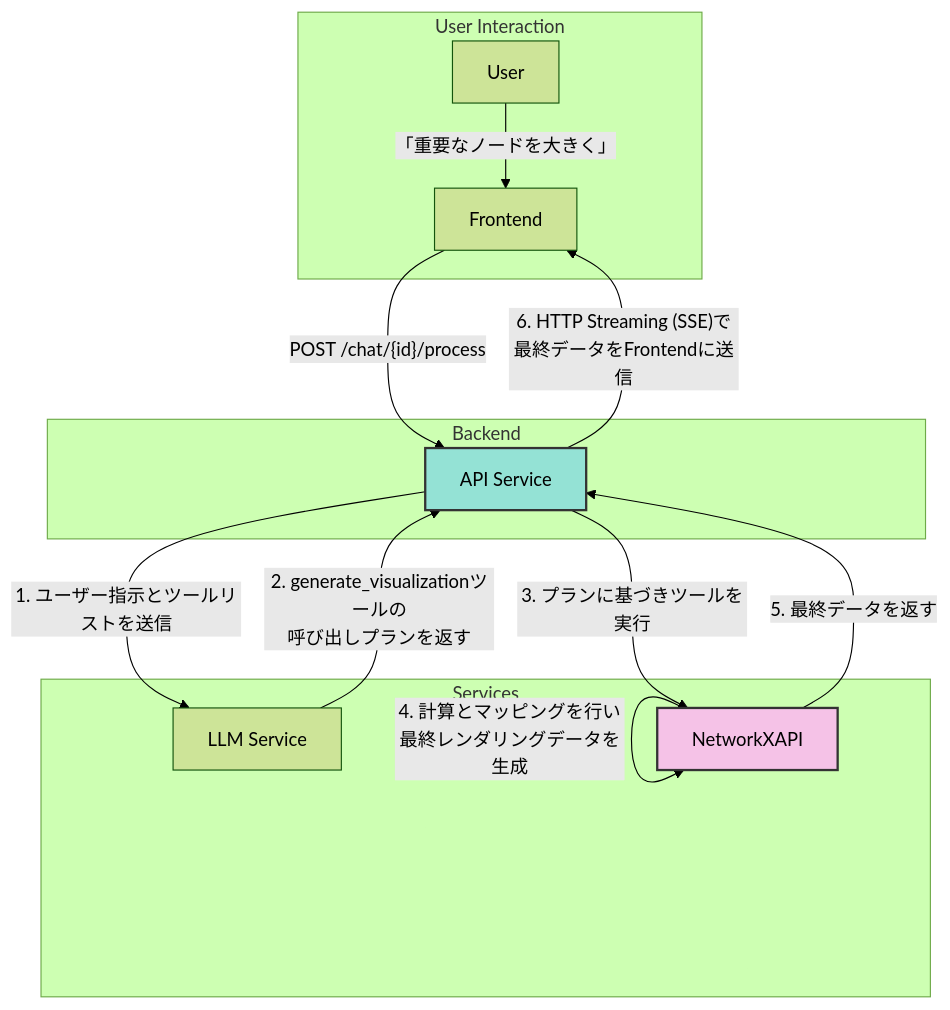
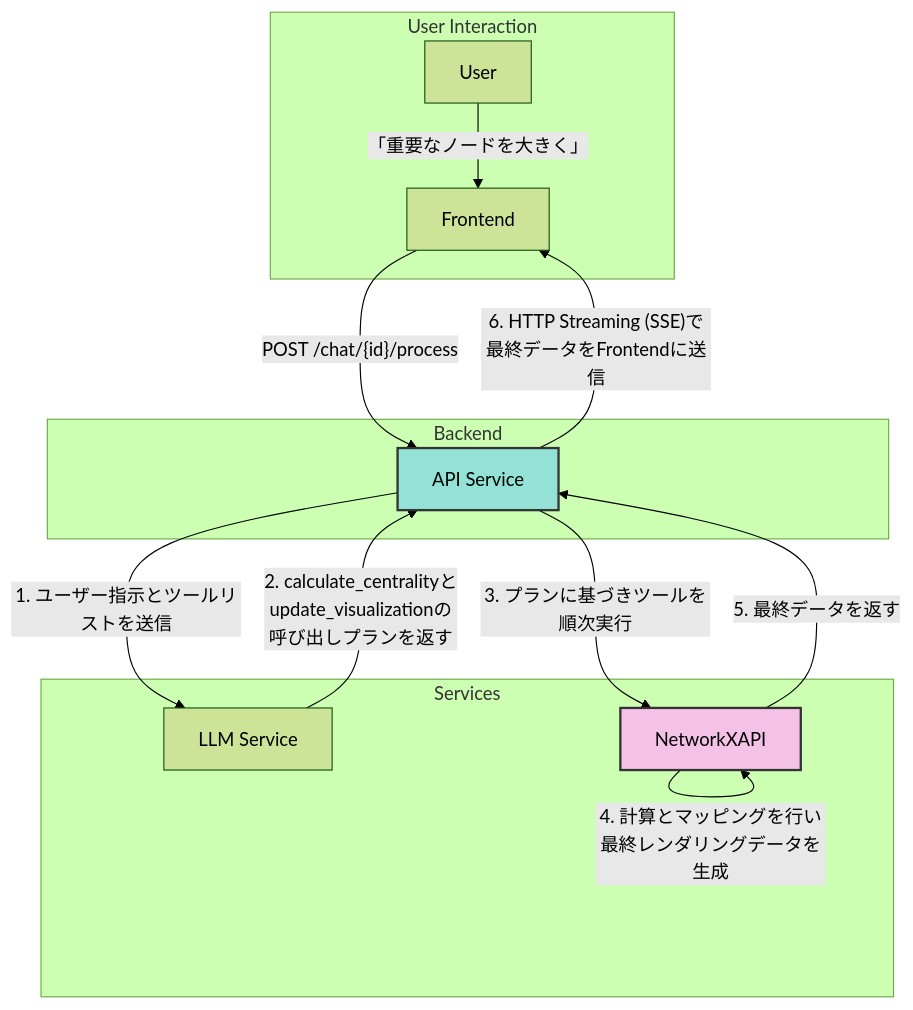
The second of 2 diagrams in specification/2_Technical_Details/1_Backend.md (vdslab/LLMGraphvis), drawn with Mermaid (forest theme) before and after one commit. The commit also changed other lines of this file and 6 other files, not shown here.

Commit message:
feat: implement granular LLM tools for centrality calculation and visualization updates, and add a verification script for the new LLM flow.

````diff
--- a/specification/2_Technical_Details/1_Backend.md
+++ b/specification/2_Technical_Details/1_Backend.md
@@ -97,26 +97,26 @@
 ```mermaid
 graph TD
     subgraph User Interaction
         U[User] -- "「重要なノードを大きく」" --> F[Frontend]
     end
 
     subgraph Backend
         B_API[API Service]
     end
 
     subgraph Services
         LLM[LLM Service]
         NXAPI[NetworkXAPI]
     end
 
     F -- "POST /chat/{id}/process" --> B_API
     B_API -- "1. ユーザー指示とツールリストを送信" --> LLM
-    LLM -- "2. generate_visualizationツールの<br/>呼び出しプランを返す" --> B_API
-    B_API -- "3. プランに基づきツールを実行" --> NXAPI
+    LLM -- "2. calculate_centralityと<br/>update_visualizationの<br/>呼び出しプランを返す" --> B_API
+    B_API -- "3. プランに基づきツールを順次実行" --> NXAPI
     NXAPI -- "4. 計算とマッピングを行い<br/>最終レンダリングデータを生成" --> NXAPI
     NXAPI -- "5. 最終データを返す" --> B_API
     B_API -- "6. HTTP Streaming (SSE)で<br/>最終データをFrontendに送信" --> F
 
     style B_API fill:#94e2d5,stroke:#333,stroke-width:2px
     style NXAPI fill:#f5c2e7,stroke:#333,stroke-width:2px
 ```
````
